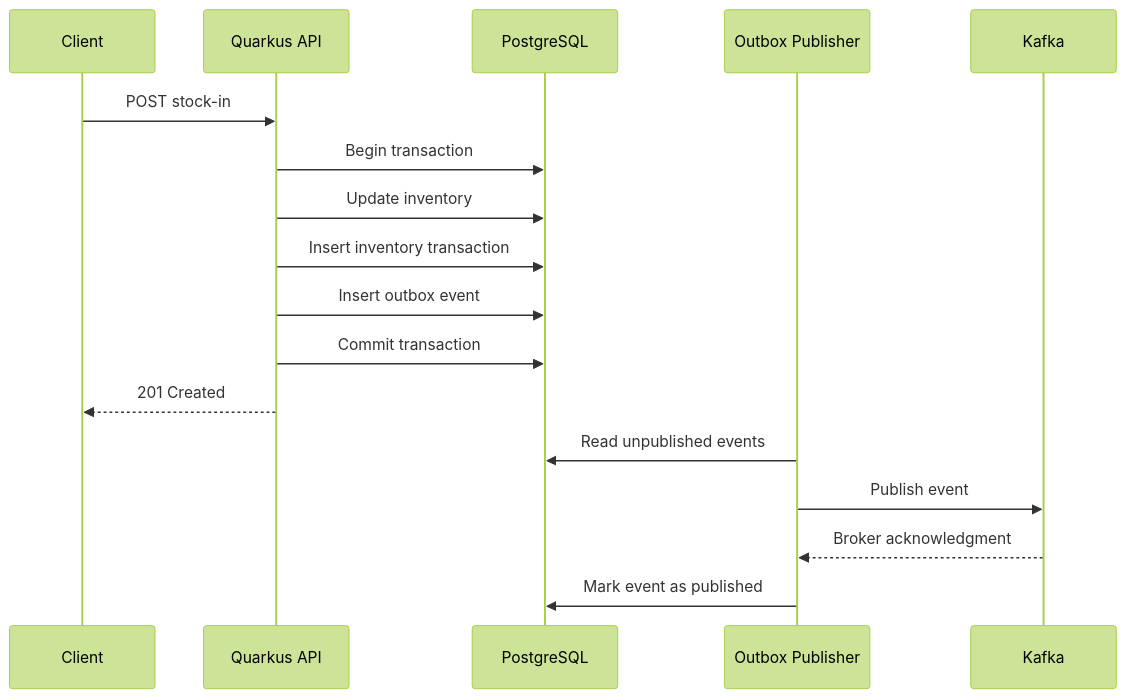
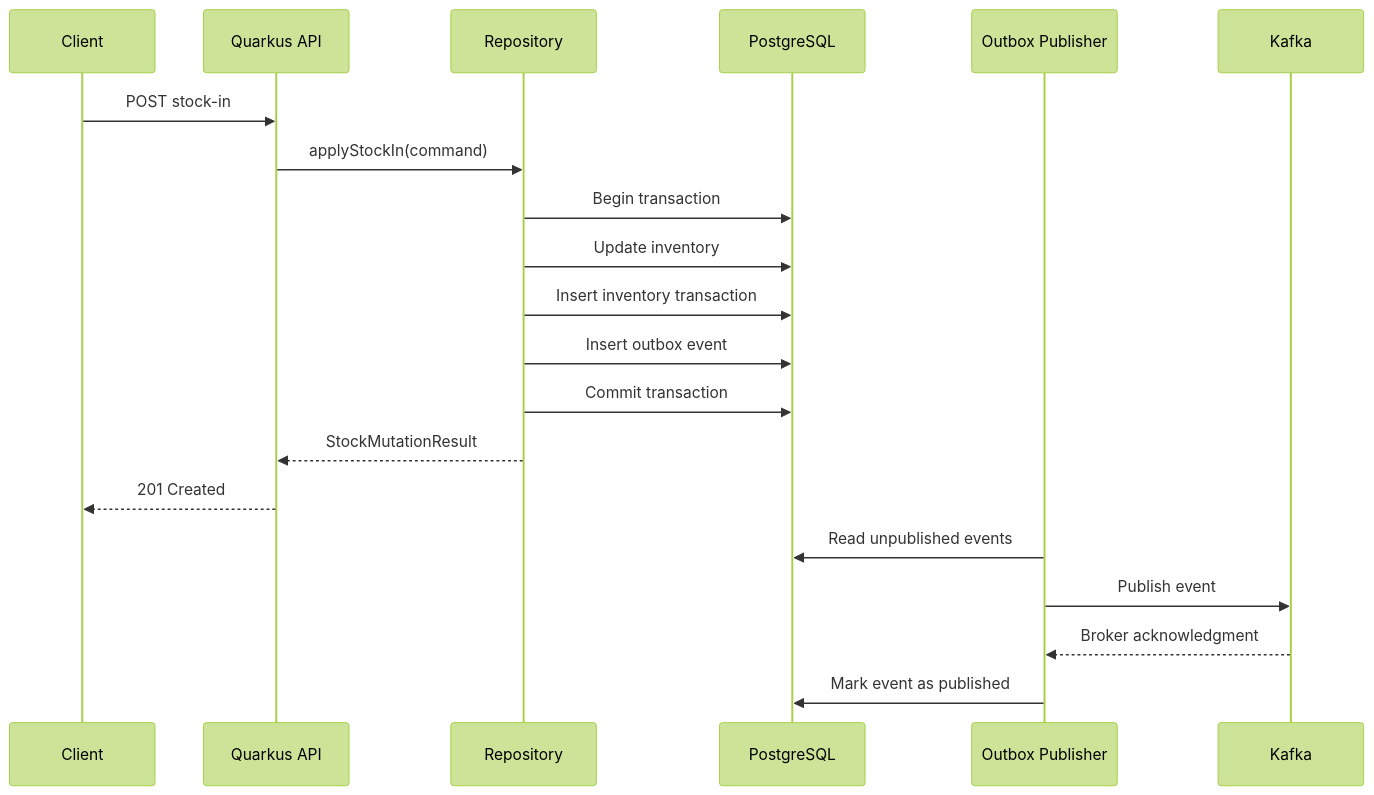
Diagram 11 of 11 in docs/stockflow-design.md (nvafandi/StockFlow), drawn with Mermaid (forest theme) before and after one commit. The commit also changed other lines of this file and 4 other files, not shown here.

````diff
--- a/docs/stockflow-design.md
+++ b/docs/stockflow-design.md
@@ -3192,20 +3321,23 @@
 ```mermaid
 sequenceDiagram
 participant C as Client
 participant API as Quarkus API
+participant R as Repository
 participant DB as PostgreSQL
 participant OB as Outbox Publisher
 participant K as Kafka
 
 C->>API: POST stock-in
-API->>DB: Begin transaction
-API->>DB: Update inventory
-API->>DB: Insert inventory transaction
-API->>DB: Insert outbox event
-API->>DB: Commit transaction
+API->>R: applyStockIn(command)
+R->>DB: Begin transaction
+R->>DB: Update inventory
+R->>DB: Insert inventory transaction
+R->>DB: Insert outbox event
+R->>DB: Commit transaction
+R-->>API: StockMutationResult
 API-->>C: 201 Created
 OB->>DB: Read unpublished events
 OB->>K: Publish event
 K-->>OB: Broker acknowledgment
 OB->>DB: Mark event as published
 ```
````
